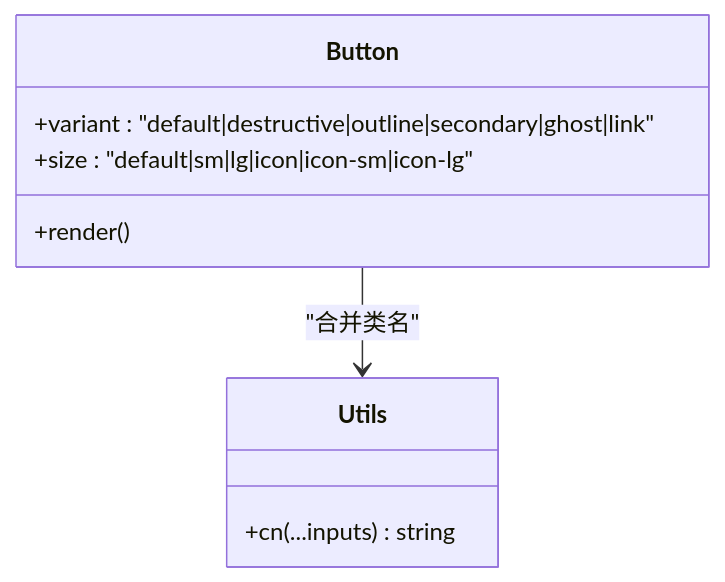
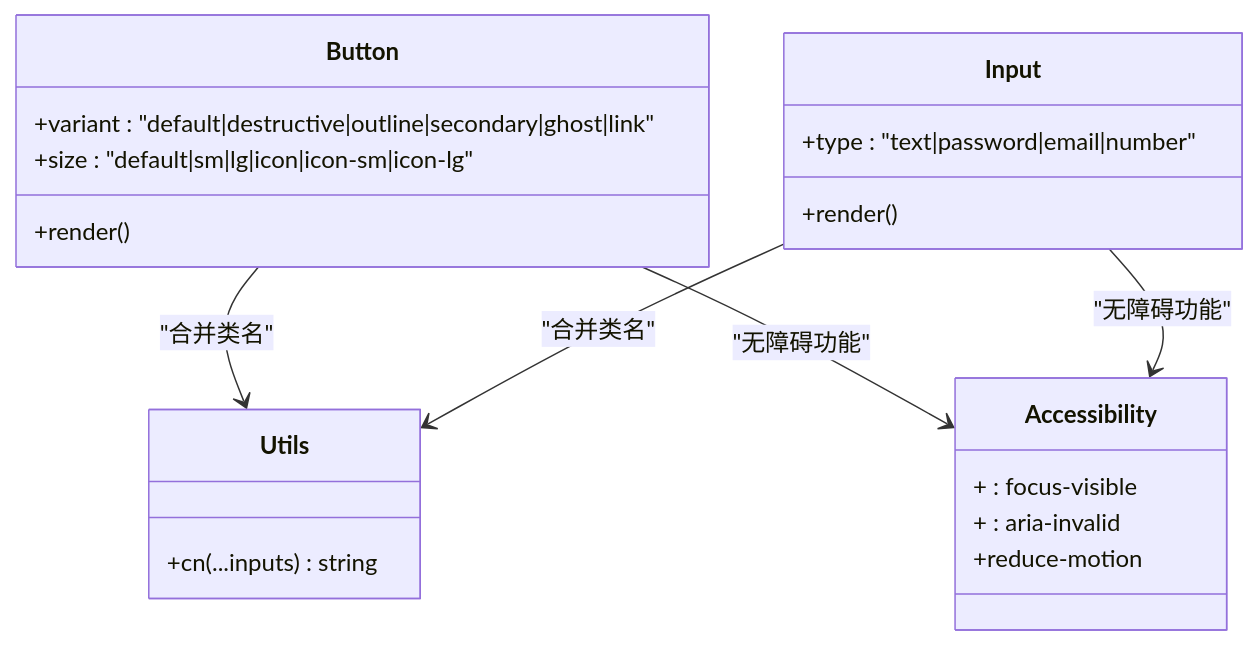
The fifth of 6 diagrams in .qoder/repowiki/zh/content/前端组件架构/主题系统.md (RadiumAg/image-saas), drawn with Mermaid before and after one commit. The commit also changed other lines of this file and 9 other files, not shown here.

````diff
--- a/.qoder/repowiki/zh/content/前端组件架构/主题系统.md
+++ b/.qoder/repowiki/zh/content/前端组件架构/主题系统.md
@@ -188,12 +228,24 @@
 ```mermaid
 classDiagram
 class Button {
 +variant : "default|destructive|outline|secondary|ghost|link"
 +size : "default|sm|lg|icon|icon-sm|icon-lg"
 +render()
 }
+class Input {
++type : "text|password|email|number"
++render()
+}
 class Utils {
 +cn(...inputs) string
 }
+class Accessibility {
++ : focus-visible
++ : aria-invalid
++reduce-motion
+}
 Button --> Utils : "合并类名"
+Input --> Utils : "合并类名"
+Button --> Accessibility : "无障碍功能"
+Input --> Accessibility : "无障碍功能"
 ```
````
